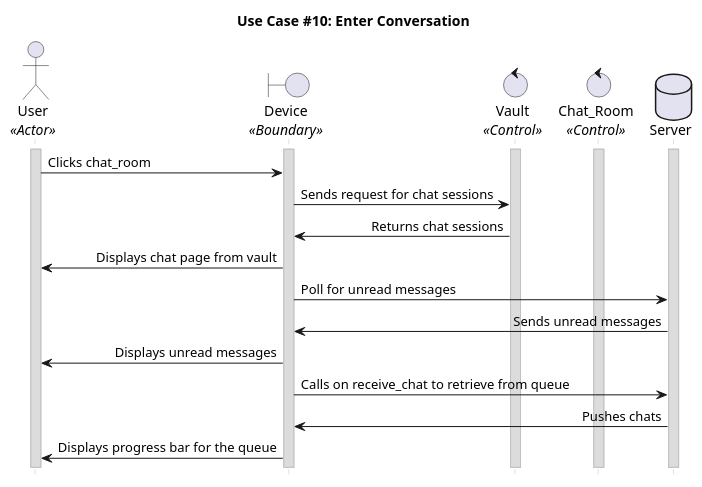
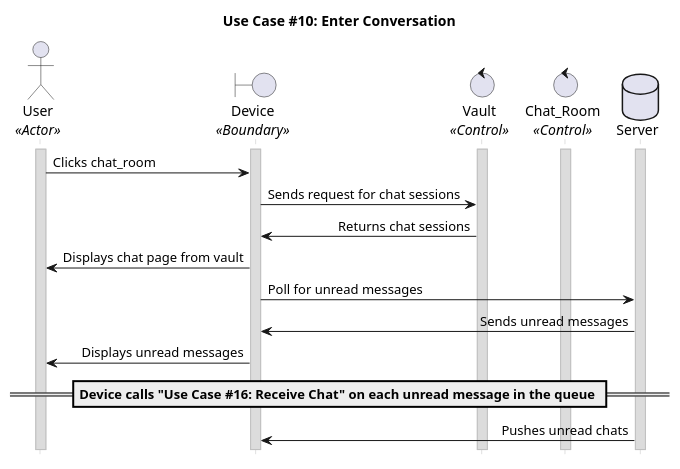
The diagram in uc_10.puml (CECS-491-SP24-Group-1/seq-diagrams), drawn with PlantUML before and after one commit.

Commit message:
uc10 for review -Angel

```diff
--- a/uc_10.puml
+++ b/uc_10.puml
@@ -2,40 +2,41 @@
 @startuml uc10
 title "Use Case #10: Enter Conversation"
 
 'Styling goes here
 hide footbox
 skinparam stereotypePosition bottom
 skinparam sequenceMessageAlign direction
 skinparam sequence {
 	LifeLineBorderColor #Silver
 	LifeLineBackgroundColor #Gainsboro
 }
 
 'Setup the objects involved here
 Actor User as User <<Actor>>
 boundary Device as Device <<Boundary>>
 control Vault as Vault <<Control>>
 control Chat_Room as Chat_Room<<Control>>
 database Server
 'Setup persistent objects here
 activate User
 activate Device 
 activate Vault
 activate Chat_Room
 activate Server
 '--- FLOW OF CONTROL STARTS HERE ---
 
 User -> Device : Clicks chat_room
 Device -> Vault : Sends request for chat sessions
 Vault -> Device : Returns chat sessions
 Device -> User:  Displays chat page from vault
 Device -> Server: Poll for unread messages
 Server -> Device: Sends unread messages
 Device -> User: Displays unread messages
-Device -> Server: Calls on receive_chat to retrieve from queue
-Server -> Device: Pushes chats
-Device -> User: Displays progress bar for the queue
+
+== Device calls "Use Case #16: Receive Chat" on each unread message in the queue ==
+Server -> Device: Pushes unread chats
+
 
 '--- FLOW OF CONTROL ENDS HERE   ---
 
 @enduml
```
